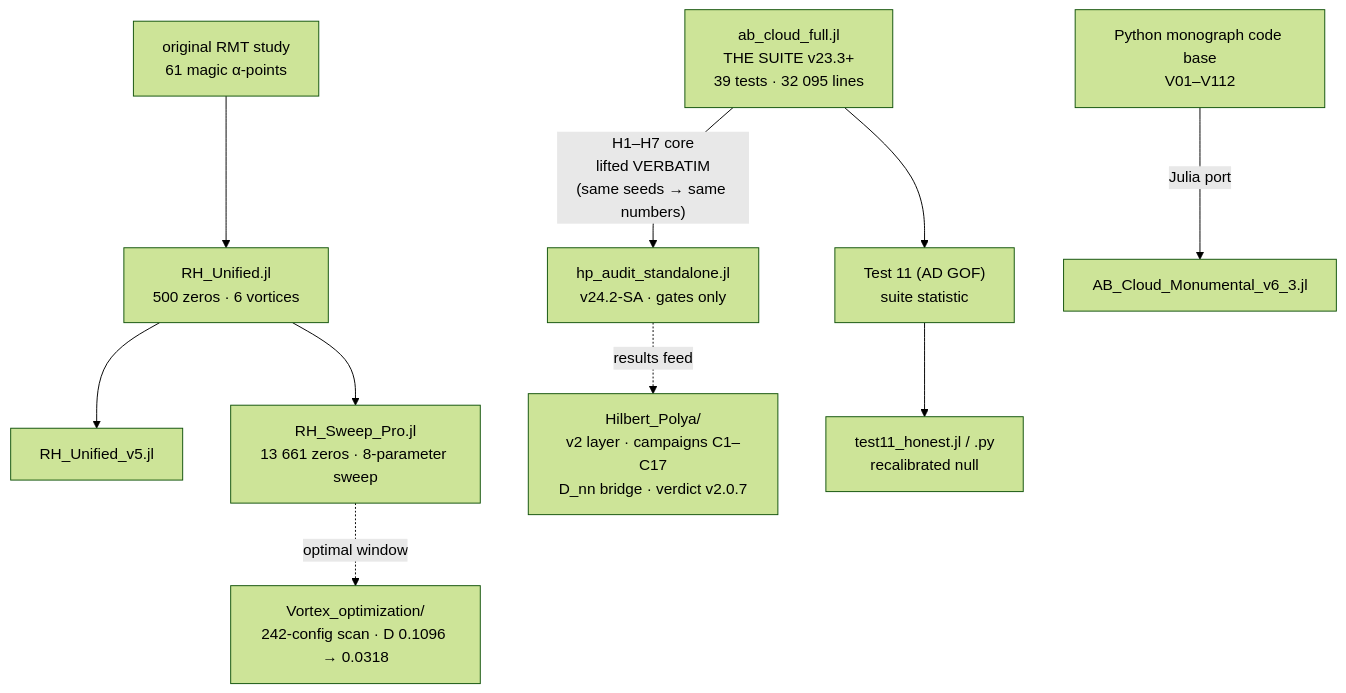
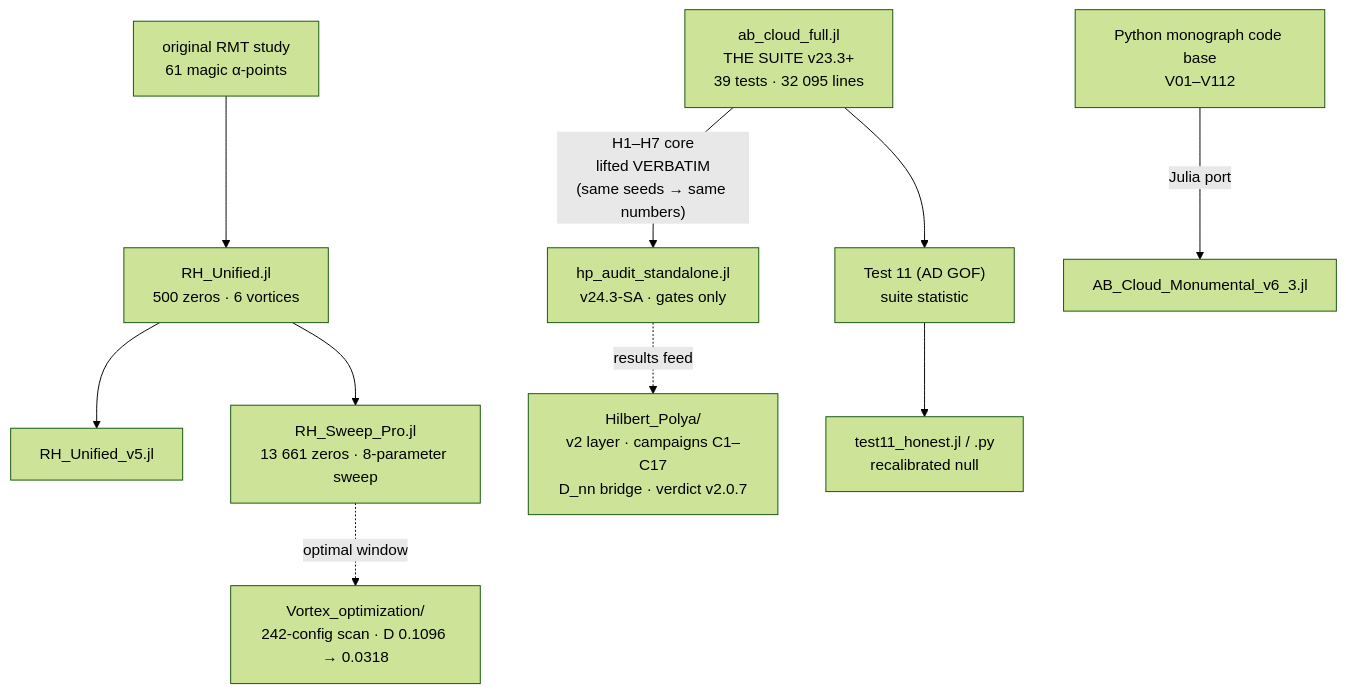
The second of 2 diagrams in meridian-spectral-observatory/README.md (wild8highlander/ab-cloud-research), drawn with Mermaid (forest theme) before and after one commit. The commit also changed other lines of this file and 157 other files, not shown here.

````diff
--- a/meridian-spectral-observatory/README.md
+++ b/meridian-spectral-observatory/README.md
@@ -195,12 +195,12 @@
 ```mermaid
 flowchart TD
     ORIG["original RMT study<br/>61 magic α-points"] --> RHU["RH_Unified.jl<br/>500 zeros · 6 vortices"]
     RHU --> RHU5["RH_Unified_v5.jl"]
     RHU --> RHSP["RH_Sweep_Pro.jl<br/>13 661 zeros · 8-parameter sweep"]
-    SUITE["ab_cloud_full.jl<br/>THE SUITE v23.3+<br/>39 tests · 32 095 lines"] -- "H1–H7 core<br/>lifted VERBATIM<br/>(same seeds → same numbers)" --> HPA["hp_audit_standalone.jl<br/>v24.2-SA · gates only"]
+    SUITE["ab_cloud_full.jl<br/>THE SUITE v23.3+<br/>39 tests · 32 095 lines"] -- "H1–H7 core<br/>lifted VERBATIM<br/>(same seeds → same numbers)" --> HPA["hp_audit_standalone.jl<br/>v24.3-SA · gates only"]
     PYMON["Python monograph code base<br/>V01–V112"] -- "Julia port" --> MON["AB_Cloud_Monumental_v6_3.jl"]
     T11["Test 11 (AD GOF)<br/>suite statistic"] --> T11H["test11_honest.jl / .py<br/>recalibrated null"]
     SUITE --> T11
     HPA -. "results feed" .-> HP["Hilbert_Polya/<br/>v2 layer · campaigns C1–C17<br/>D_nn bridge · verdict v2.0.7"]
     RHSP -. "optimal window" .-> VOR["Vortex_optimization/<br/>242-config scan · D 0.1096 → 0.0318"]
 ```
````
